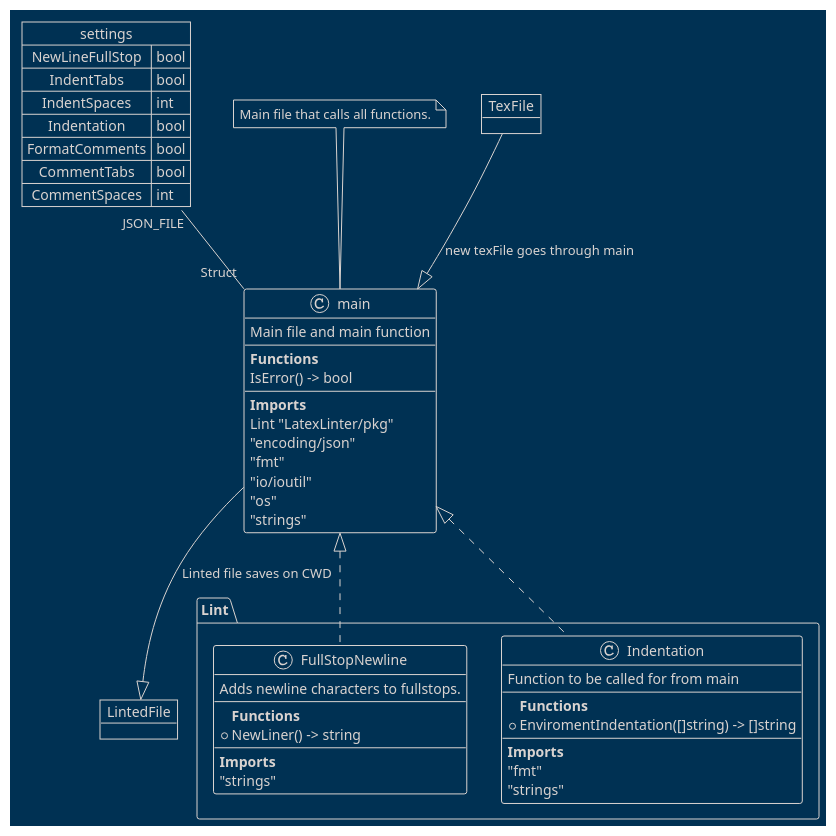
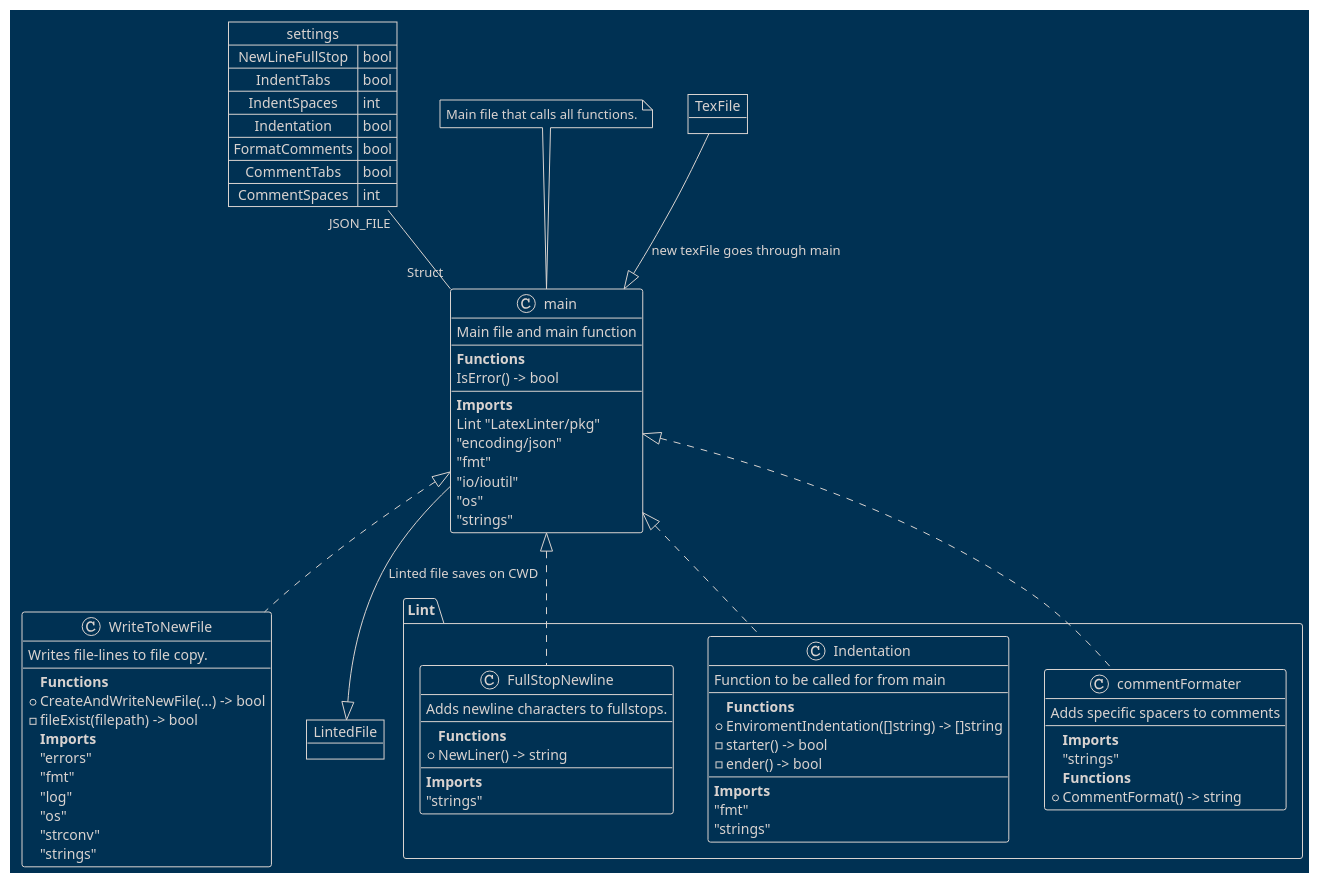
Before and after one commit to Joppps/PA1456-LaTeX-Linter: the diagram in uml.puml, drawn with PlantUML. The commit also changed 1 other file, not shown here.

```diff
--- a/uml.puml
+++ b/uml.puml
@@ -1,66 +1,95 @@
 @startuml
 !theme blueprint
 
 package Lint {
 
 class FullStopNewline{
 Adds newline characters to fullstops.
 --
 **Functions**
 +NewLiner() -> string
 --
 **Imports**
 "strings"
 }
 
 class Indentation{
 Function to be called for from main
 --
 **Functions**
 +EnviromentIndentation([]string) -> []string
+-starter() -> bool
+-ender() -> bool
 --
 **Imports**
 "fmt"
 "strings"
 }
+
+class commentFormater {
+ Adds specific spacers to comments
+--
+**Imports**
+"strings"
+**Functions**
++CommentFormat() -> string
 }
 
+}
+
+
+class WriteToNewFile {
+Writes file-lines to file copy.
+--
+**Functions**
++CreateAndWriteNewFile(...) -> bool
+-fileExist(filepath) -> bool
+**Imports**
+"errors"
+"fmt"
+"log"
+"os"
+"strconv"
+"strings"
+}
 
 map settings {
 	NewLineFullStop => bool
 	IndentTabs => bool
 	IndentSpaces => int
 	Indentation => bool
 	FormatComments => bool
 	CommentTabs => bool
 	CommentSpaces => int
 }
 
 
 class main {
 Main file and main function
 --
 **Functions**
 IsError() -> bool
 --
 **Imports**
 Lint "LatexLinter/pkg"
 "encoding/json"
 "fmt"
 "io/ioutil"
 "os"
 "strings"
 }
 
 
 
 note top of main : Main file that calls all functions.
 
 object TexFile
 object LintedFile
 settings "JSON_FILE"--"Struct" main
 main <|.. Indentation
+main <|.. commentFormater
+main <|.. WriteToNewFile
 TexFile --|> main : new texFile goes through main
 main --|> LintedFile : Linted file saves on CWD
 main <|.. FullStopNewline
 @enduml
```
